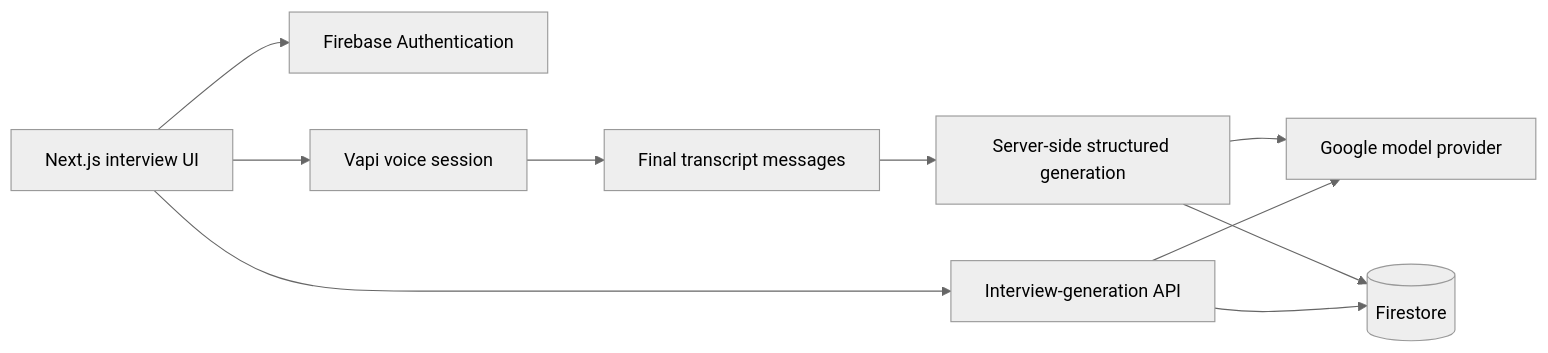
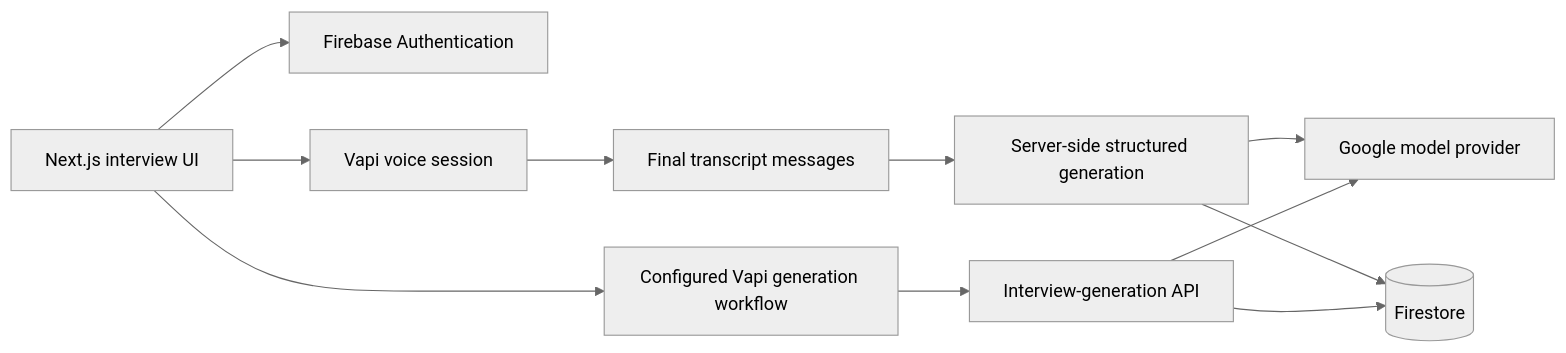
One commit to Balaji91221/ai_mock_interviews changed the diagram in README.md. Above: the diagram before and after it, drawn with Mermaid (neutral theme). The commit also changed other lines of this file, not shown here.

````diff
--- a/README.md
+++ b/README.md
@@ -50,12 +50,13 @@
 ```mermaid
 flowchart LR
   UI[Next.js interview UI] --> Auth[Firebase Authentication]
   UI --> Voice[Vapi voice session]
   Voice --> Transcript[Final transcript messages]
   Transcript --> Feedback[Server-side structured generation]
   Feedback --> Model[Google model provider]
   Feedback --> DB[(Firestore)]
-  UI --> Questions[Interview-generation API]
+  UI --> Workflow[Configured Vapi generation workflow]
+  Workflow --> Questions[Interview-generation API]
   Questions --> Model
   Questions --> DB
 ```
````
